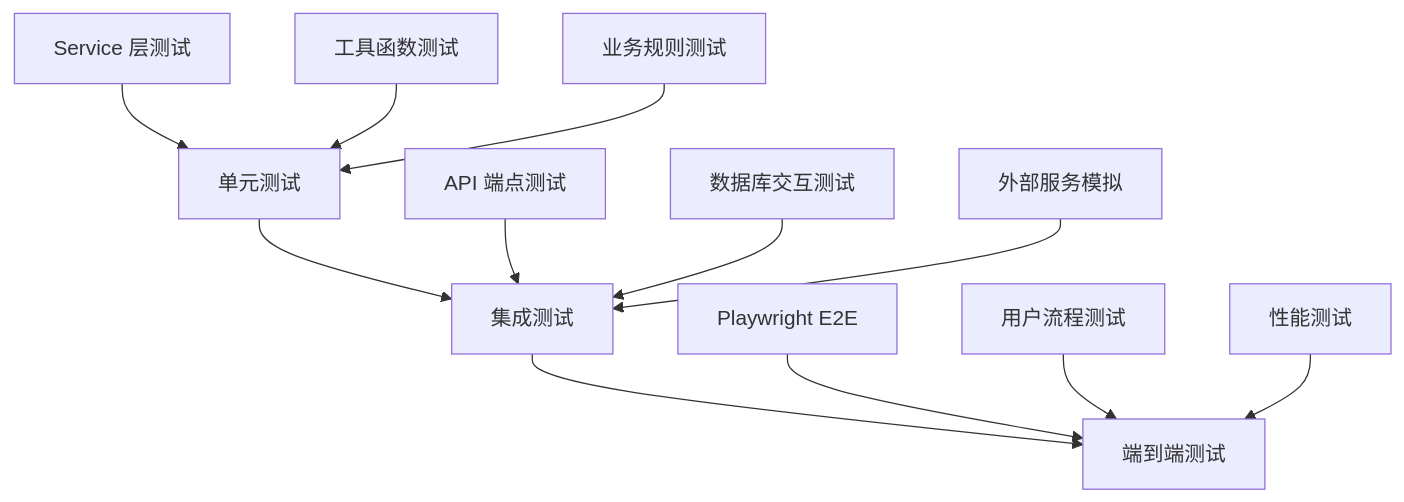
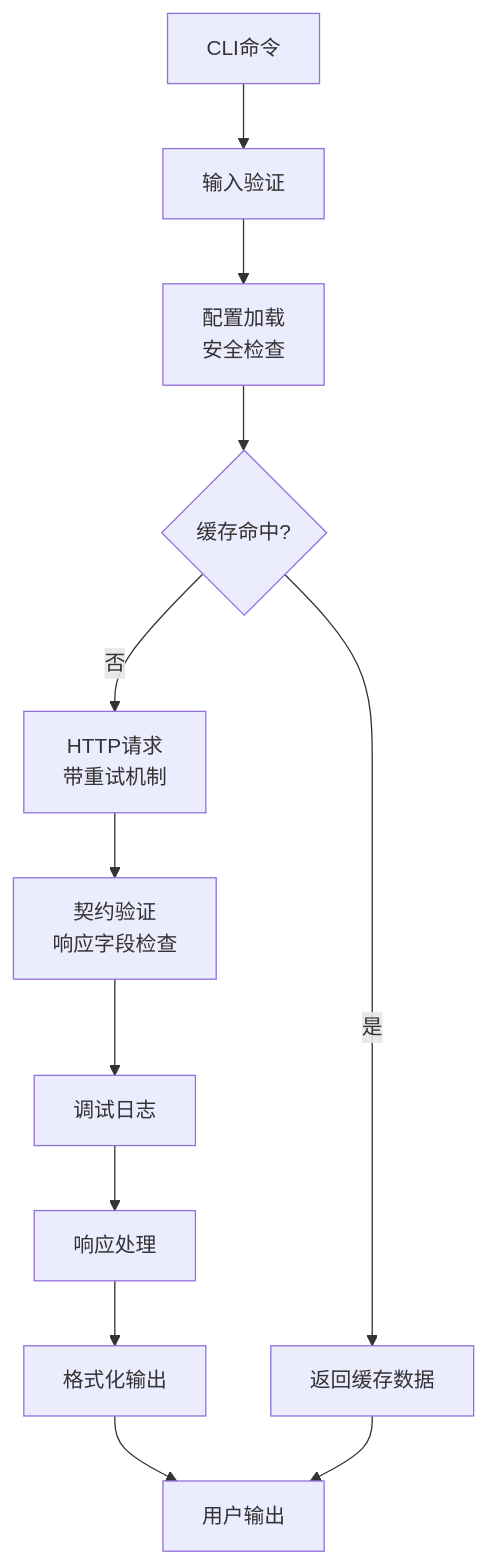
One commit to gujialind/InvestRing changed the fifth of 12 diagrams in .qoder/repowiki/zh/content/开发指南/开发指南.md. Above: the diagram before and after it, drawn with Mermaid. The commit also changed other lines of this file and 64 other files, not shown here.

````diff
--- a/.qoder/repowiki/zh/content/开发指南/开发指南.md
+++ b/.qoder/repowiki/zh/content/开发指南/开发指南.md
@@ -541,14 +300,14 @@
 ```mermaid
-graph TD
-A["单元测试"] --> B["集成测试"]
-B --> C["端到端测试"]
-A1["Service 层测试"] --> A
-A2["工具函数测试"] --> A
-A3["业务规则测试"] --> A
-B1["API 端点测试"] --> B
-B2["数据库交互测试"] --> B
-B3["外部服务模拟"] --> B
-C1["Playwright E2E"] --> C
-C2["用户流程测试"] --> C
-C3["性能测试"] --> C
+flowchart TD
+CLI["CLI命令"] --> Validate["输入验证"]
+Validate --> Config["配置加载<br/>安全检查"]
+Config --> Cache{"缓存命中?"}
+Cache --> |是| Cached["返回缓存数据"]
+Cache --> |否| Request["HTTP请求<br/>带重试机制"]
+Request --> Contract["契约验证<br/>响应字段检查"]
+Contract --> Debug["调试日志"]
+Debug --> Response["响应处理"]
+Response --> Format["格式化输出"]
+Format --> Output["用户输出"]
+Cached --> Output
 ```
````
